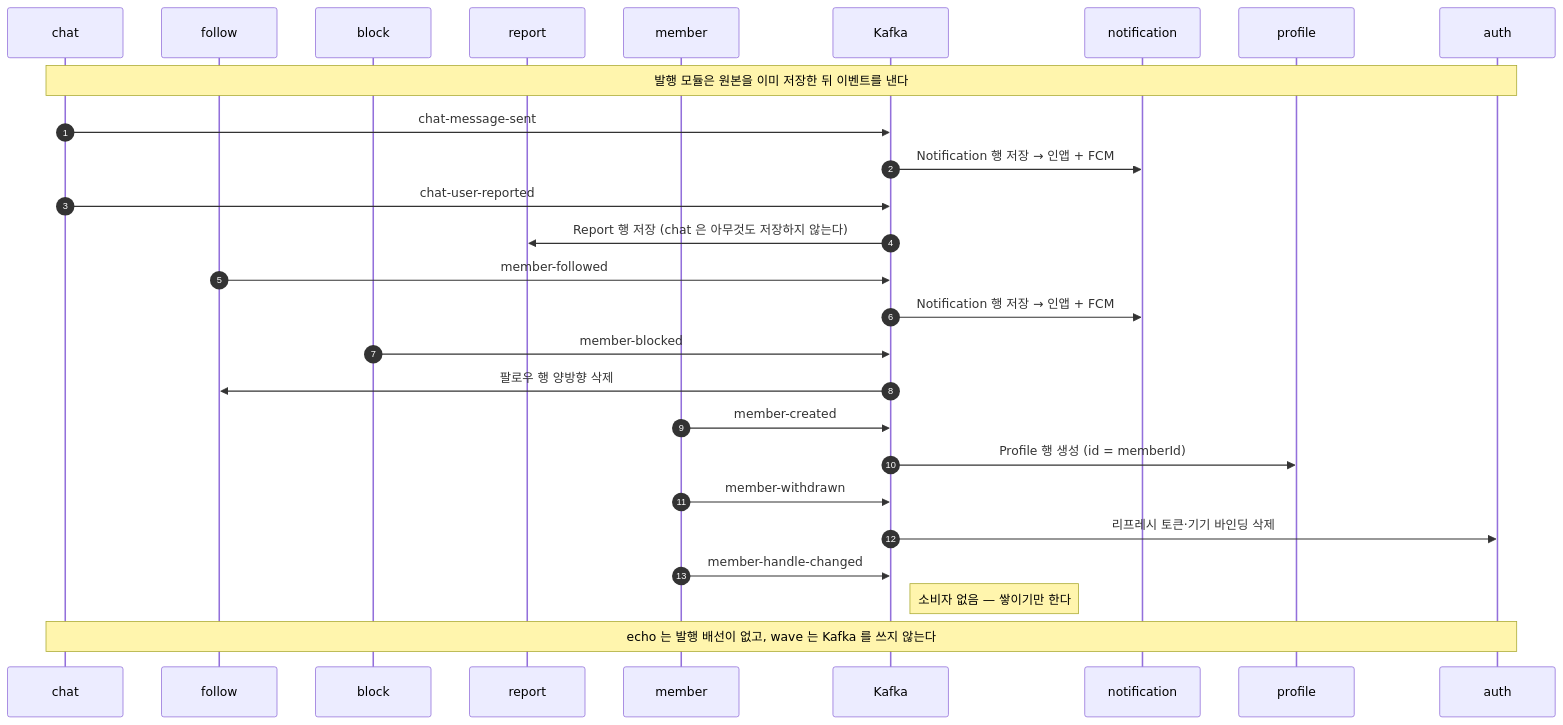
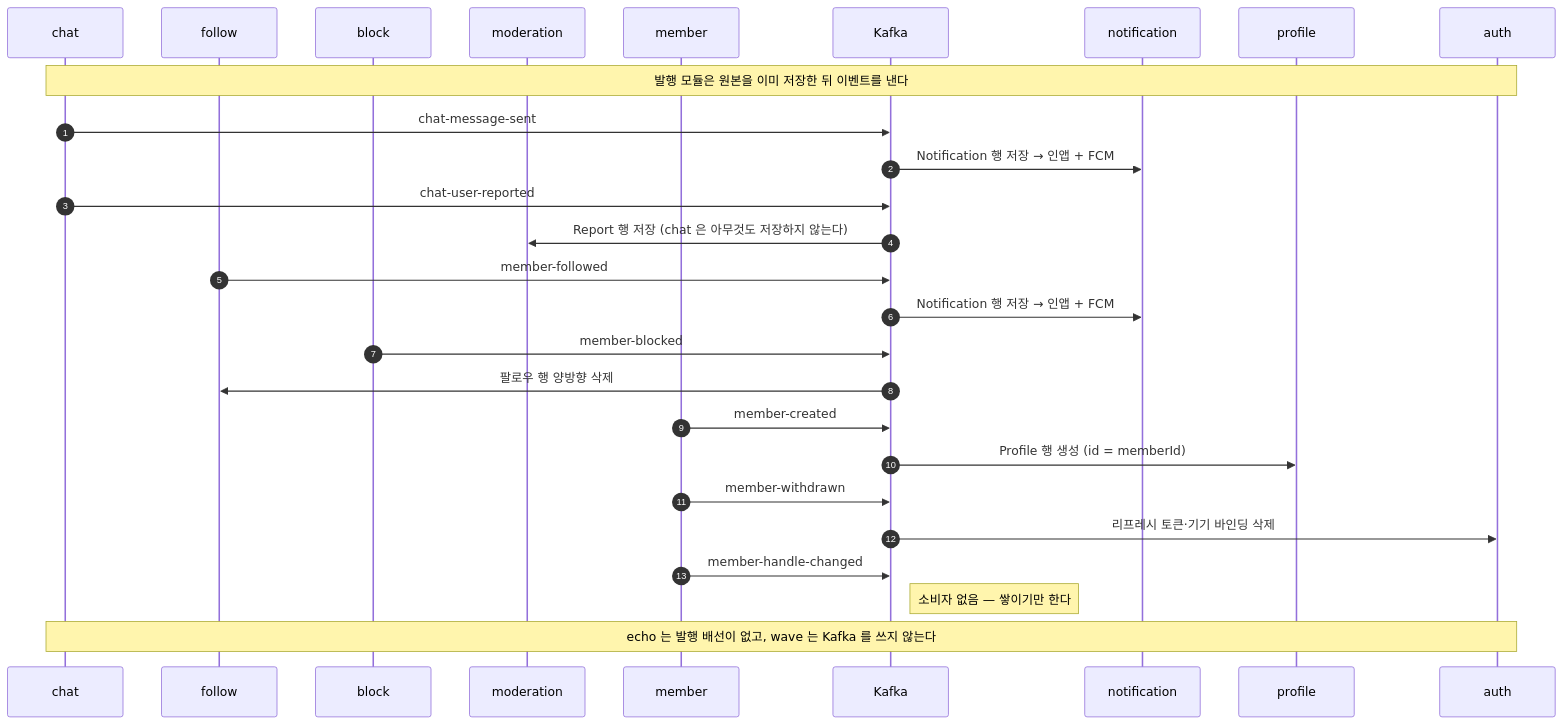
One commit to rvlwldev/langlez-backend changed the first of 15 diagrams in ARCHITECTURE.md. Above: the diagram before and after it, drawn with Mermaid. The commit also changed other lines of this file and 73 other files, not shown here.

First line of the commit message:
refactor(moderation): report 를 moderation 으로 넓히고 운영 제재 경로를 연다 (#40)

````diff
--- a/ARCHITECTURE.md
+++ b/ARCHITECTURE.md
@@ -14,38 +14,38 @@
 ```mermaid
 sequenceDiagram
     autonumber
     participant chat
     participant fol as follow
     participant blk as block
-    participant rep as report
+    participant mod as moderation
     participant member
     participant K as Kafka
     participant noti as notification
     participant prof as profile
     participant auth
 
     Note over chat,auth: 발행 모듈은 원본을 이미 저장한 뒤 이벤트를 낸다
 
     chat->>K: chat-message-sent
     K->>noti: Notification 행 저장 → 인앱 + FCM
 
     chat->>K: chat-user-reported
-    K->>rep: Report 행 저장 (chat 은 아무것도 저장하지 않는다)
+    K->>mod: Report 행 저장 (chat 은 아무것도 저장하지 않는다)
 
     fol->>K: member-followed
     K->>noti: Notification 행 저장 → 인앱 + FCM
 
     blk->>K: member-blocked
     K->>fol: 팔로우 행 양방향 삭제
 
     member->>K: member-created
     K->>prof: Profile 행 생성 (id = memberId)
 
     member->>K: member-withdrawn
     K->>auth: 리프레시 토큰·기기 바인딩 삭제
 
     member->>K: member-handle-changed
     Note right of K: 소비자 없음 — 쌓이기만 한다
 
     Note over chat,auth: echo 는 발행 배선이 없고, wave 는 Kafka 를 쓰지 않는다
 ```
````
